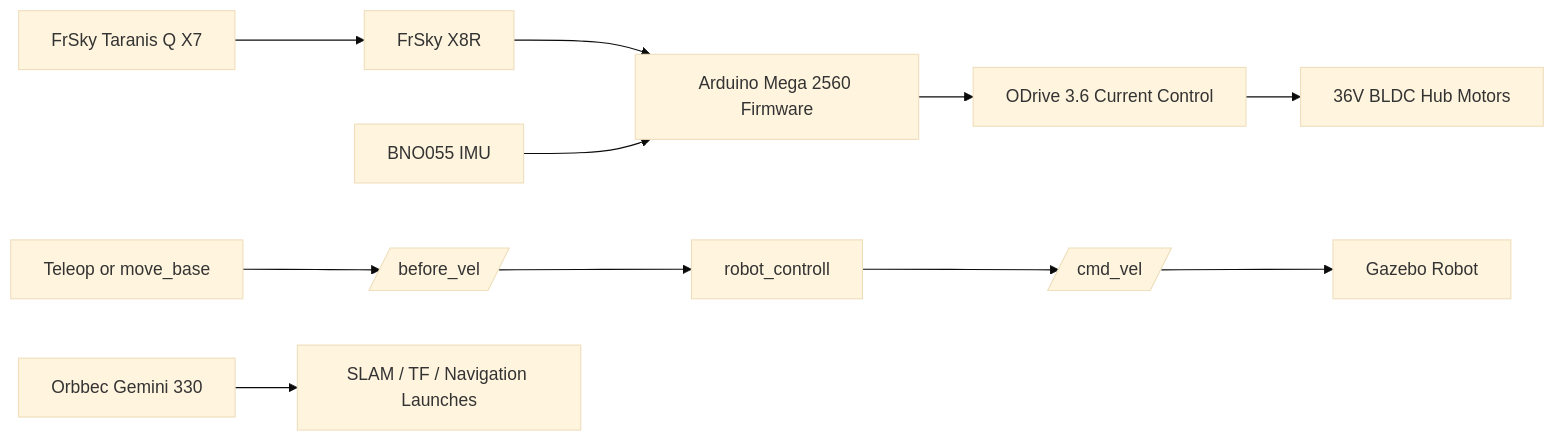
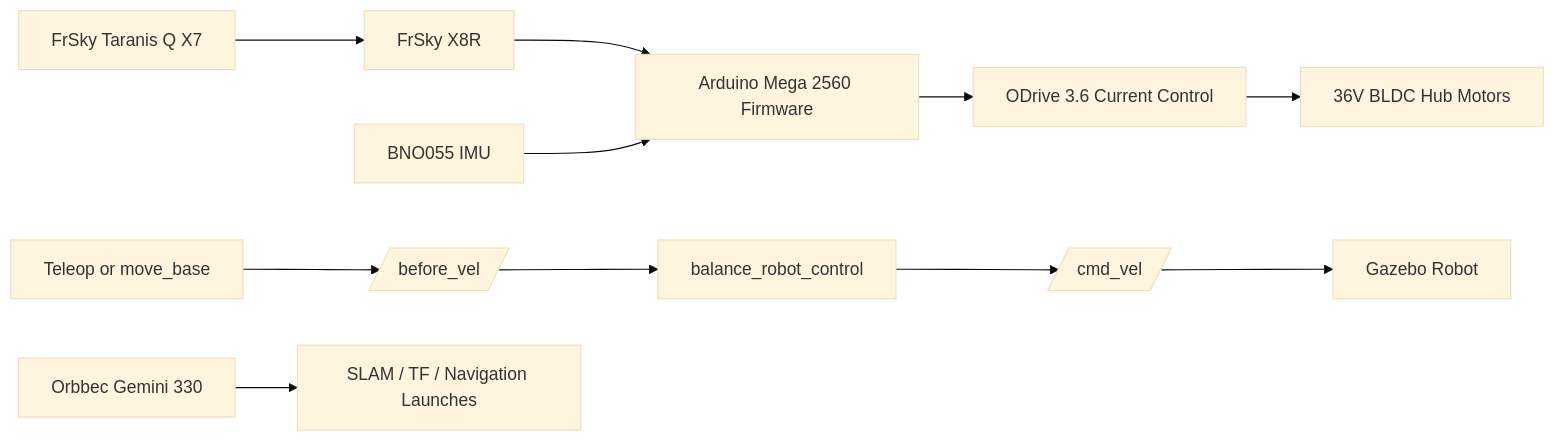
The diagram in docs/software_architecture.md (yg-gulbi/Self-Balancing-Robot-with-Arduino-and-ROS), drawn with Mermaid (base theme) before and after one commit. The commit also changed other lines of this file and 57 other files, not shown here.

````diff
--- a/docs/software_architecture.md
+++ b/docs/software_architecture.md
@@ -28,15 +28,15 @@
 ```mermaid
 flowchart LR
     TX[FrSky Taranis Q X7] --> RC[FrSky X8R]
     RC --> Arduino[Arduino Mega 2560 Firmware]
     IMU[BNO055 IMU] --> Arduino
     Arduino --> ODrive[ODrive 3.6 Current Control]
     ODrive --> Motors[36V BLDC Hub Motors]
 
     Teleop[Teleop or move_base] --> BeforeVel[/before_vel/]
-    BeforeVel --> Balance[robot_controll]
+    BeforeVel --> Balance[balance_robot_control]
     Balance --> CmdVel[/cmd_vel/]
     CmdVel --> Gazebo[Gazebo Robot]
 
     Camera[Orbbec Gemini 330] --> SLAM[SLAM / TF / Navigation Launches]
 ```
````
